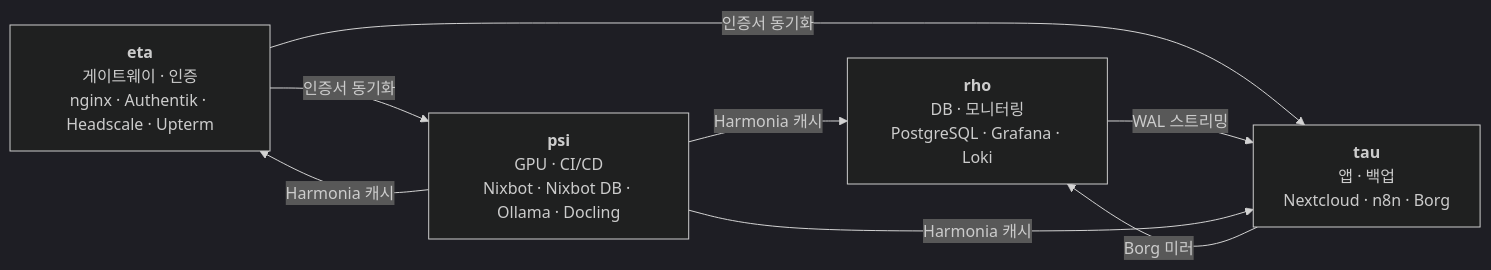
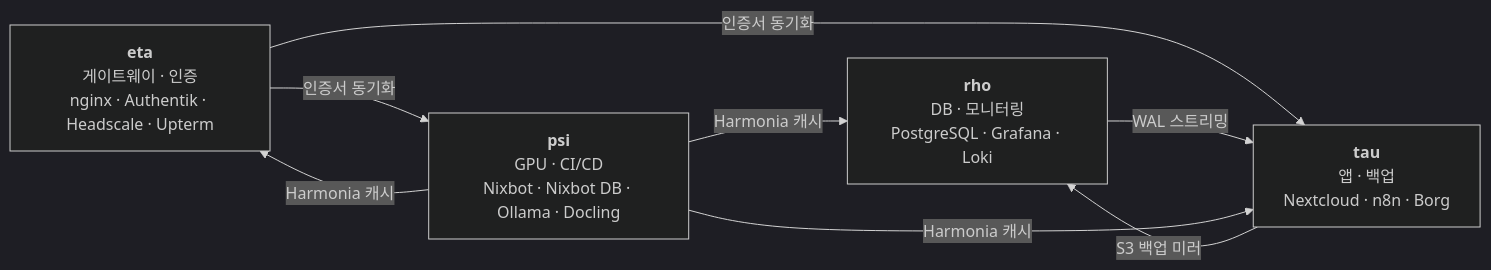
Before and after one commit to SBEE-Lab/infra: the first of 2 diagrams in docs/admin/architecture.md, drawn with Mermaid (dark theme). The commit also changed other lines of this file and 10 other files, not shown here.

````diff
--- a/docs/admin/architecture.md
+++ b/docs/admin/architecture.md
@@ -13,12 +13,12 @@
 ```mermaid
 graph LR
   eta["<b>eta</b><br/>게이트웨이 · 인증<br/>nginx · Authentik · Headscale · Upterm"]
   psi["<b>psi</b><br/>GPU · CI/CD<br/>Nixbot · Nixbot DB · Ollama · Docling"]
   rho["<b>rho</b><br/>DB · 모니터링<br/>PostgreSQL · Grafana · Loki"]
   tau["<b>tau</b><br/>앱 · 백업<br/>Nextcloud · n8n · Borg"]
 
   eta -- "인증서 동기화" --> psi & tau
   rho -- "WAL 스트리밍" --> tau
-  tau -- "Borg 미러" --> rho
+  tau -- "S3 백업 미러" --> rho
   psi -- "Harmonia 캐시" --> rho & tau & eta
 ```
````
